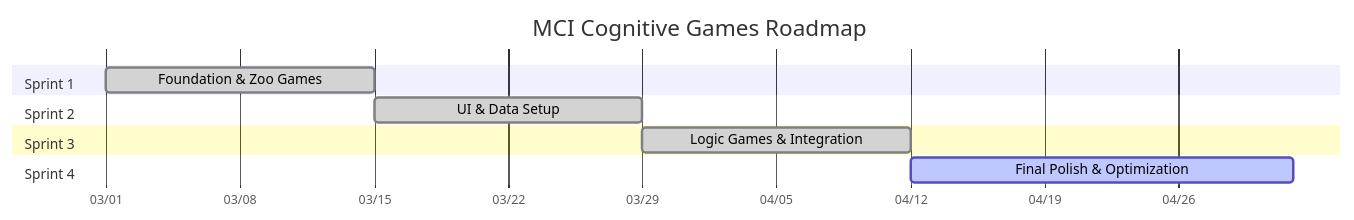
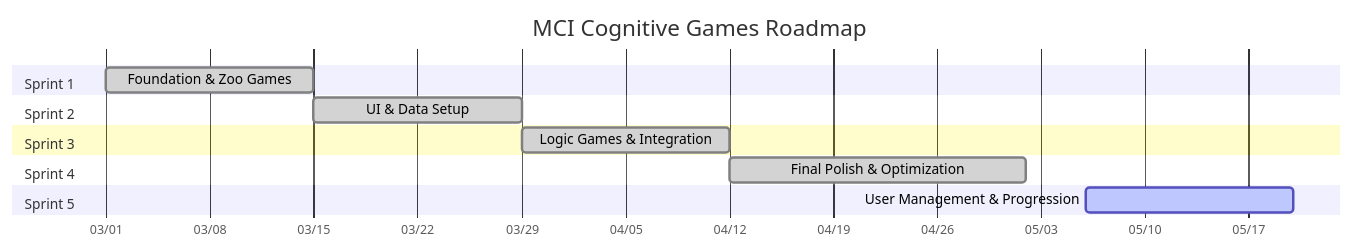
The diagram in docs/agile/02-sprint-planning.md (ChayutChanmueang/mci-cognitive-game-hub-dev-deploy), drawn with Mermaid before and after one commit. The commit also changed other lines of this file and 14 other files, not shown here.

Commit message:
docs: initialize project documentation suite with new GDD, sprint backlogs, and modular user story definitions.

````diff
--- a/docs/agile/02-sprint-planning.md
+++ b/docs/agile/02-sprint-planning.md
@@ -18,14 +18,16 @@
 ```mermaid
 gantt
     title MCI Cognitive Games Roadmap
     dateFormat  YYYY-MM-DD
     axisFormat  %m/%d
     section Sprint 1
     Foundation & Zoo Games :done, s1, 2026-03-01, 14d
     section Sprint 2
     UI & Data Setup        :done, s2, 2026-03-15, 14d
     section Sprint 3
     Logic Games & Integration :done, s3, 2026-03-29, 14d
     section Sprint 4
-    Final Polish & Optimization :active, s4, 2026-04-12, 20d
+    Final Polish & Optimization :done, s4, 2026-04-12, 20d
+    section Sprint 5
+    User Management & Progression :active, s5, 2026-05-06, 14d
 ```
````
